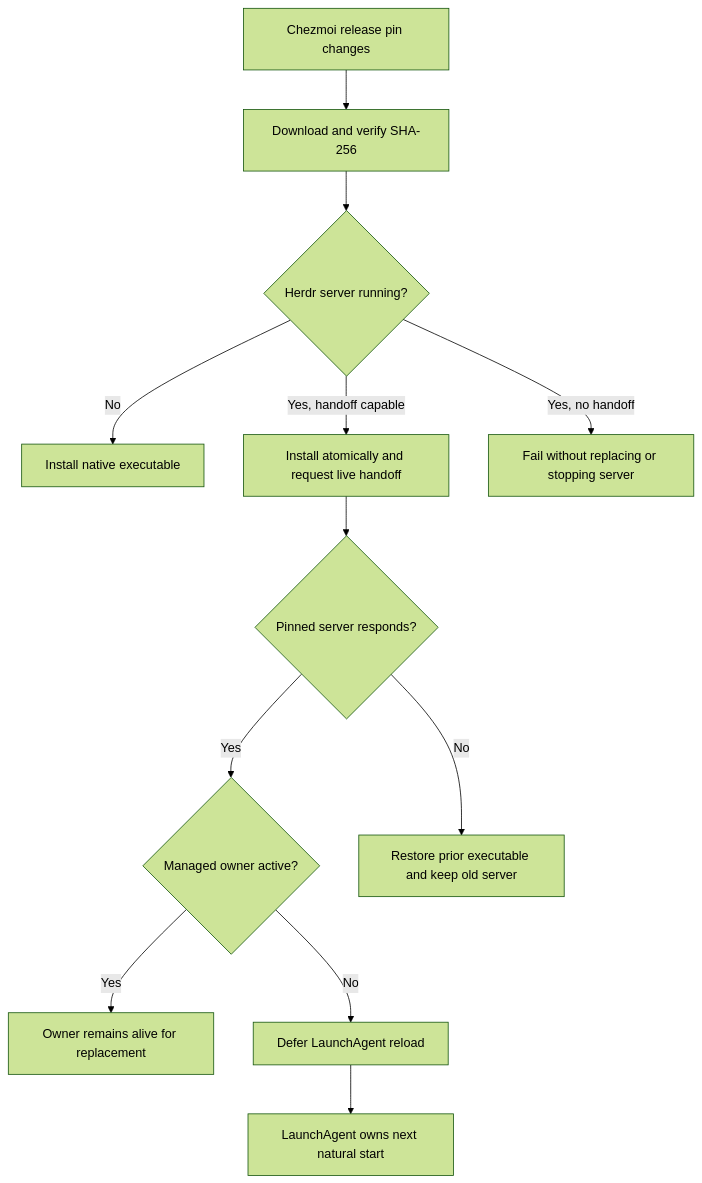
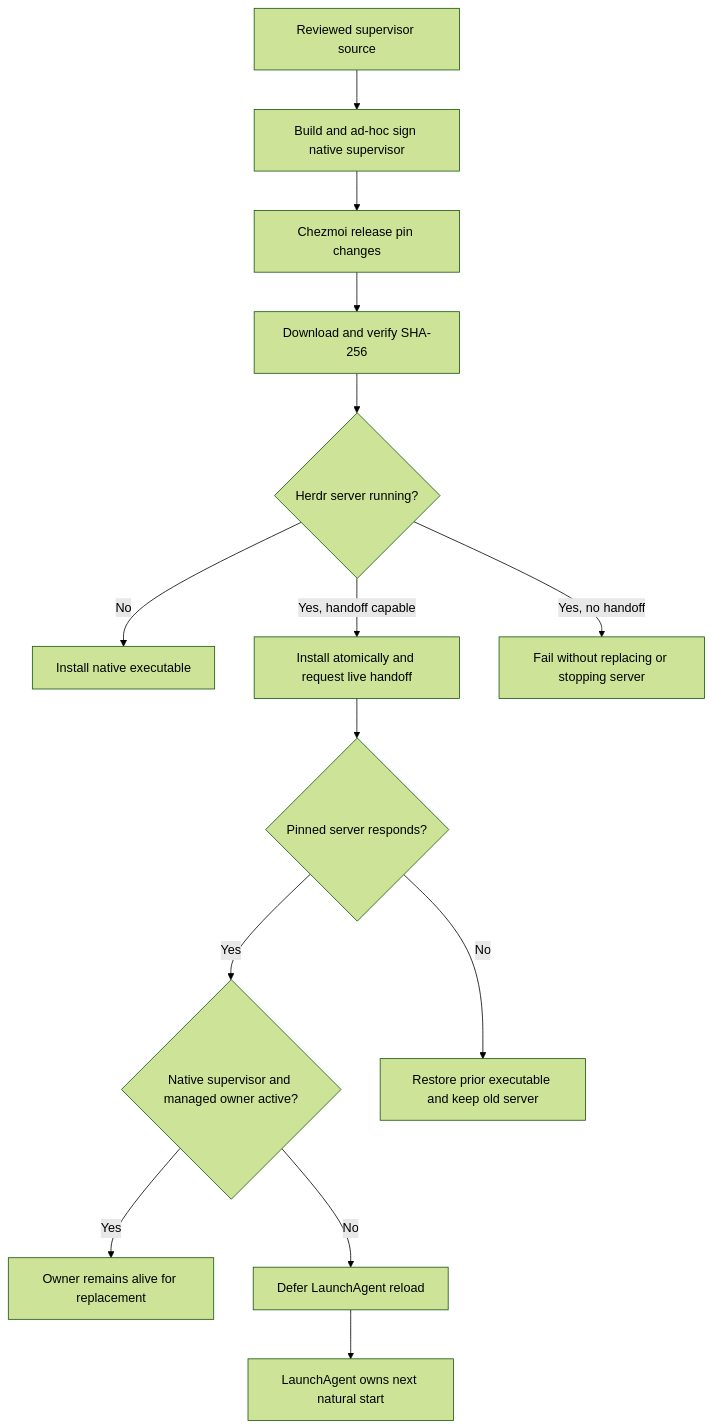
One commit to Saltiola7/dotfiles-ai changed the second of 3 diagrams in docs/specs/shell_auth_startup/README.md. Above: the diagram before and after it, drawn with Mermaid (forest theme). The commit also changed other lines of this file and 8 other files, not shown here.

````diff
--- a/docs/specs/shell_auth_startup/README.md
+++ b/docs/specs/shell_auth_startup/README.md
@@ -117,16 +128,18 @@
 ```mermaid
 flowchart TD
     accTitle: Chezmoi-managed native Herdr upgrade
-    accDescr: Chezmoi verifies the pinned native Herdr release. With no running server it installs directly. With a compatible running server it installs atomically and requests live handoff. A managed owner remains alive for the replacement; a failed handoff restores the prior executable and leaves the old server running.
+    accDescr: Chezmoi verifies the pinned native Herdr release and builds a native responsibility supervisor. Launchd starts the supervisor, which starts the state guard and handoff-aware owner. Compatible upgrades use live handoff while the supervisor remains alive; failed handoff restores the prior executable and leaves the old server running.
+    C[Reviewed supervisor source] --> N[Build and ad-hoc sign native supervisor]
+    N --> A
     A[Chezmoi release pin changes] --> V[Download and verify SHA-256]
     V --> R{Herdr server running?}
     R -->|No| I[Install native executable]
     R -->|Yes, handoff capable| H[Install atomically and request live handoff]
     R -->|Yes, no handoff| F[Fail without replacing or stopping server]
     H --> S{Pinned server responds?}
-    S -->|Yes| O{Managed owner active?}
+    S -->|Yes| O{Native supervisor and managed owner active?}
     S -->|No| B[Restore prior executable and keep old server]
     O -->|Yes| K[Owner remains alive for replacement]
     O -->|No| D[Defer LaunchAgent reload]
     D --> L[LaunchAgent owns next natural start]
 ```
````
